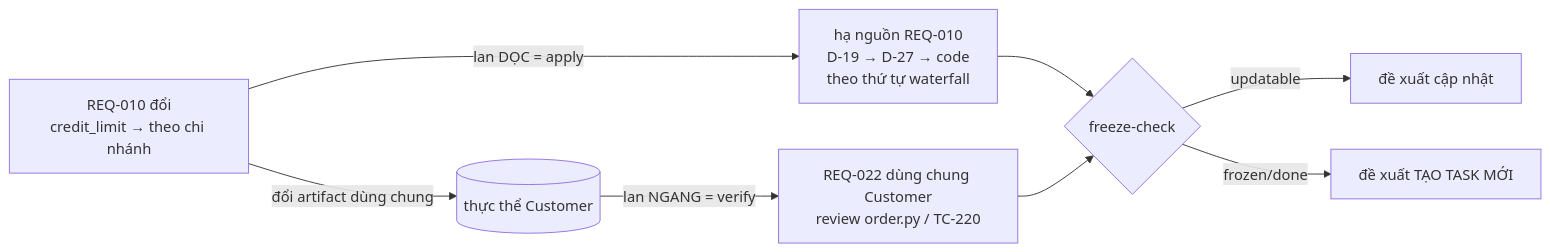
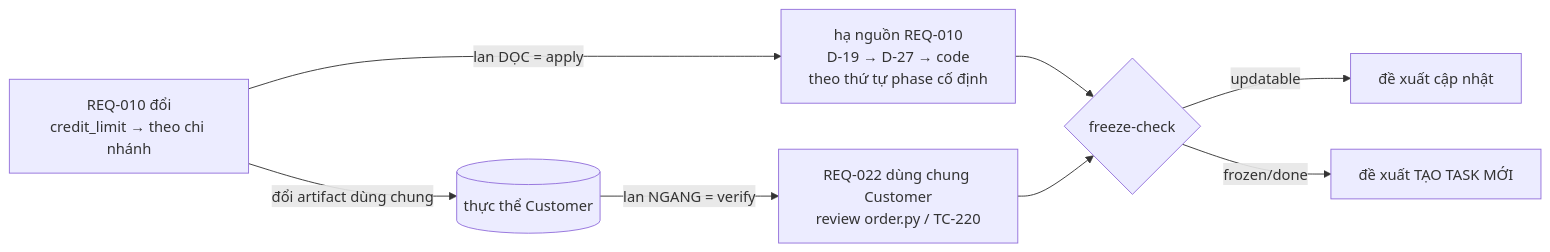
Before and after one commit to hanh9898/waterfall-bmad-method: the third of 3 diagrams in _bmad-output/specs/spec-traceability-impact/architecture-diagrams.md, drawn with Mermaid. The commit also changed 20 other files, not shown here.

````diff
--- a/_bmad-output/specs/spec-traceability-impact/architecture-diagrams.md
+++ b/_bmad-output/specs/spec-traceability-impact/architecture-diagrams.md
@@ -34,11 +34,11 @@
 ```mermaid
 flowchart LR
     R10[REQ-010 đổi<br/>credit_limit → theo chi nhánh]
-    R10 -->|lan DỌC = apply| DS[hạ nguồn REQ-010<br/>D-19 → D-27 → code<br/>theo thứ tự waterfall]
+    R10 -->|lan DỌC = apply| DS[hạ nguồn REQ-010<br/>D-19 → D-27 → code<br/>theo thứ tự phase cố định]
     R10 -->|đổi artifact dùng chung| CUS[(thực thể Customer)]
     CUS -->|lan NGANG = verify| R22[REQ-022 dùng chung Customer<br/>review order.py / TC-220]
     DS --> FZ{freeze-check}
     R22 --> FZ
     FZ -->|updatable| ED[đề xuất cập nhật]
     FZ -->|frozen/done| NT[đề xuất TẠO TASK MỚI]
 ```
````
